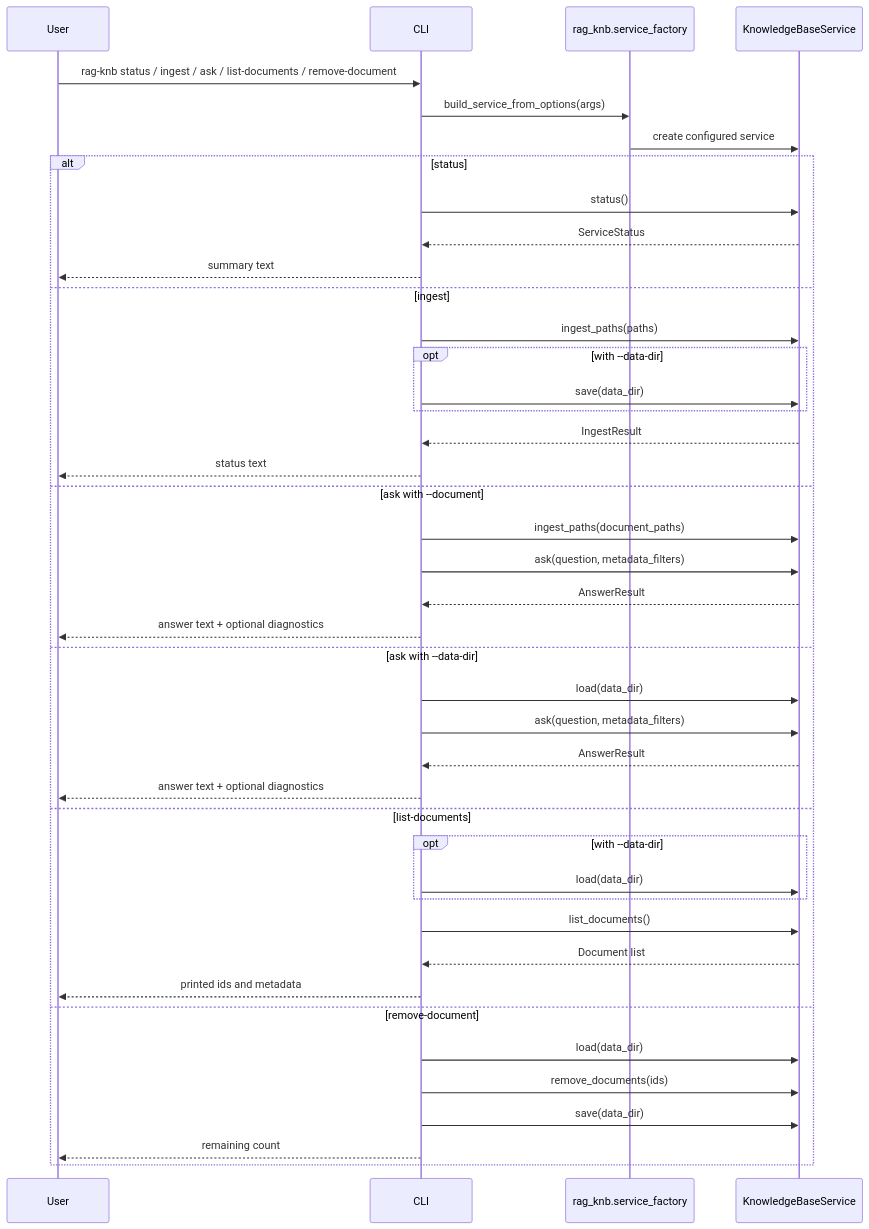
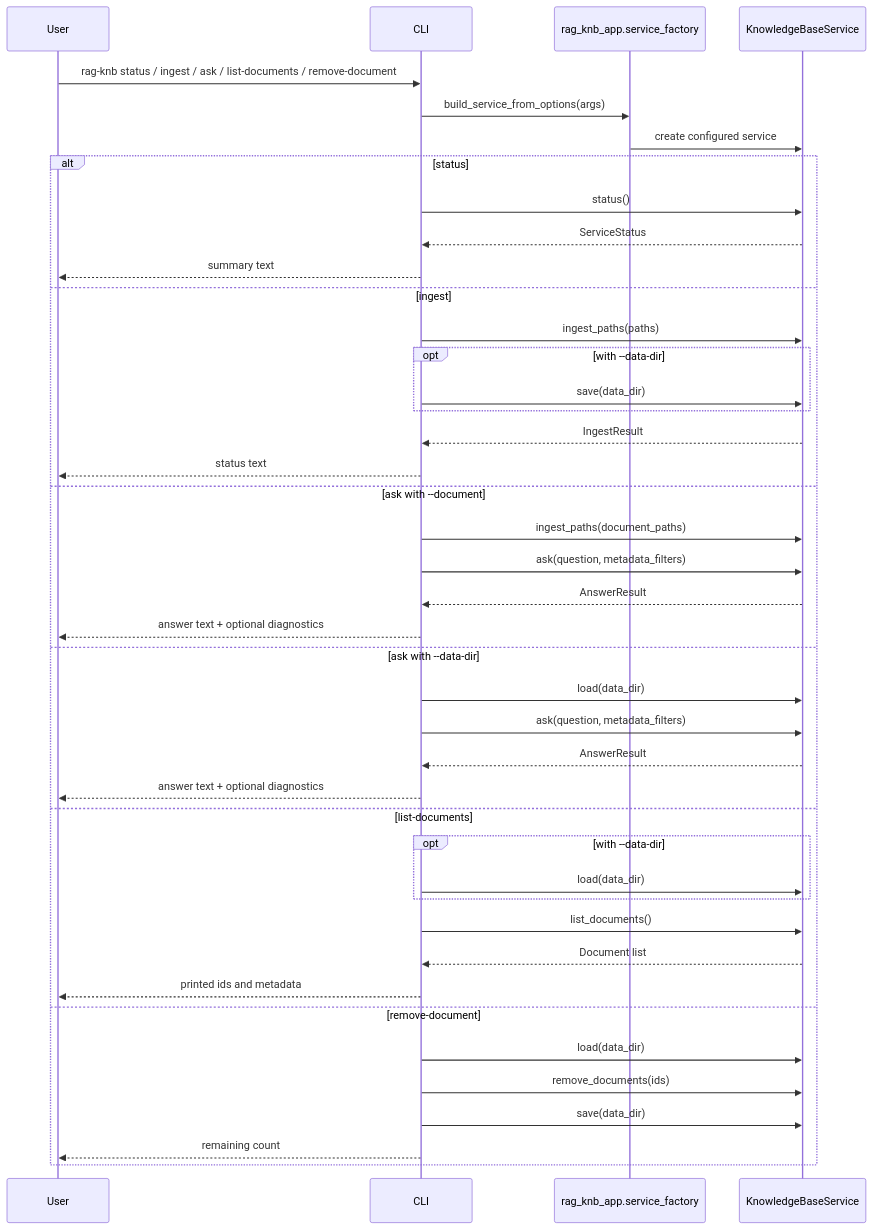
The third of 11 diagrams in 02_rag_knowledge_base/diagrams.md (OlyaFilatova/ai_projects), drawn with Mermaid before and after one commit. The commit also changed other lines of this file and 79 other files, not shown here.

````diff
--- a/02_rag_knowledge_base/diagrams.md
+++ b/02_rag_knowledge_base/diagrams.md
@@ -114,46 +111,46 @@
 ```mermaid
 sequenceDiagram
     participant U as User
     participant C as CLI
-    participant F as rag_knb.service_factory
+    participant F as rag_knb_app.service_factory
     participant S as KnowledgeBaseService
 
     U->>C: rag-knb status / ingest / ask / list-documents / remove-document
     C->>F: build_service_from_options(args)
     F->>S: create configured service
 
     alt status
         C->>S: status()
         S-->>C: ServiceStatus
         C-->>U: summary text
     else ingest
         C->>S: ingest_paths(paths)
         opt with --data-dir
             C->>S: save(data_dir)
         end
         S-->>C: IngestResult
         C-->>U: status text
     else ask with --document
         C->>S: ingest_paths(document_paths)
         C->>S: ask(question, metadata_filters)
         S-->>C: AnswerResult
         C-->>U: answer text + optional diagnostics
     else ask with --data-dir
         C->>S: load(data_dir)
         C->>S: ask(question, metadata_filters)
         S-->>C: AnswerResult
         C-->>U: answer text + optional diagnostics
     else list-documents
         opt with --data-dir
             C->>S: load(data_dir)
         end
         C->>S: list_documents()
         S-->>C: Document list
         C-->>U: printed ids and metadata
     else remove-document
         C->>S: load(data_dir)
         C->>S: remove_documents(ids)
         C->>S: save(data_dir)
         C-->>U: remaining count
     end
 ```
````
